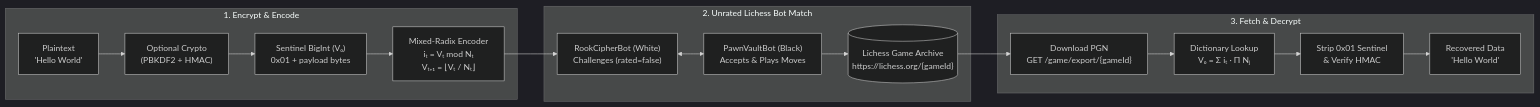
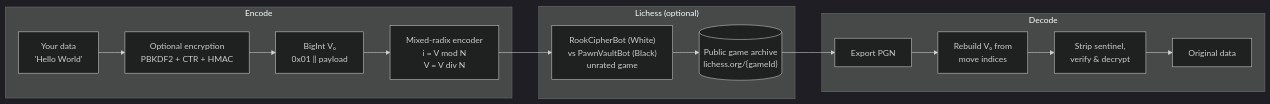
One commit to RaymonDev/ChessCrypt changed the diagram in README.md. Above: the diagram before and after it, drawn with Mermaid (dark theme). The commit also changed other lines of this file and 13 other files, not shown here.

````diff
--- a/README.md
+++ b/README.md
@@ -112,21 +46,18 @@
 ```mermaid
 flowchart LR
-    subgraph Encode["1. Encrypt & Encode"]
-        A["Plaintext\n'Hello World'"] --> B["Optional Crypto\n(PBKDF2 + HMAC)"]
-        B --> C["Sentinel BigInt (V₀)\n0x01 + payload bytes"]
-        C --> D["Mixed-Radix Encoder\niₜ = Vₜ mod Nₜ\nVₜ₊₁ = ⌊Vₜ / Nₜ⌋"]
+    subgraph Encode
+        A["Your data<br/>'Hello World'"] --> B["Optional encryption<br/>PBKDF2 + CTR + HMAC"]
+        B --> C["BigInt V₀<br/>0x01 ‖ payload"]
+        C --> D["Mixed-radix encoder<br/>i = V mod N<br/>V = V div N"]
     end
-
-    subgraph Lichess["2. Unrated Lichess Bot Match"]
-        D --> E["RookCipherBot (White)\nChallenges (rated=false)"]
-        E <--> F["PawnVaultBot (Black)\nAccepts & Plays Moves"]
-        F --> G[("Lichess Game Archive\nhttps://lichess.org/{gameId}")]
+    subgraph Lichess["Lichess (optional)"]
+        D --> E["RookCipherBot (White)<br/>vs PawnVaultBot (Black)<br/>unrated game"]
+        E --> F[("Public game archive<br/>lichess.org/{gameId}")]
     end
-
-    subgraph Decode["3. Fetch & Decrypt"]
-        G --> H["Download PGN\nGET /game/export/{gameId}"]
-        H --> I["Dictionary Lookup\nV₀ = Σ iₜ · Π Nⱼ"]
-        I --> J["Strip 0x01 Sentinel\n& Verify HMAC"]
-        J --> K["Recovered Data\n'Hello World'"]
+    subgraph Decode
+        F --> G["Export PGN"]
+        G --> H["Rebuild V₀ from<br/>move indices"]
+        H --> I["Strip sentinel,<br/>verify & decrypt"]
+        I --> J["Original data"]
     end
 ```
````
